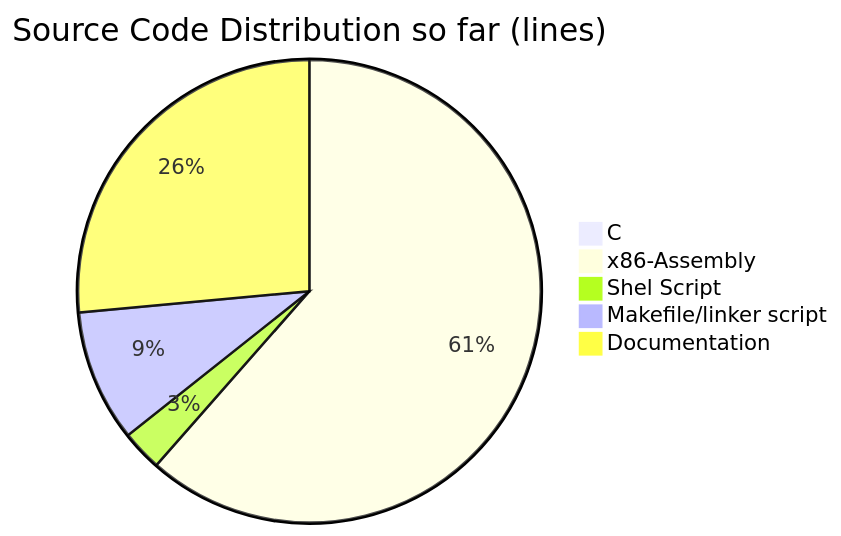
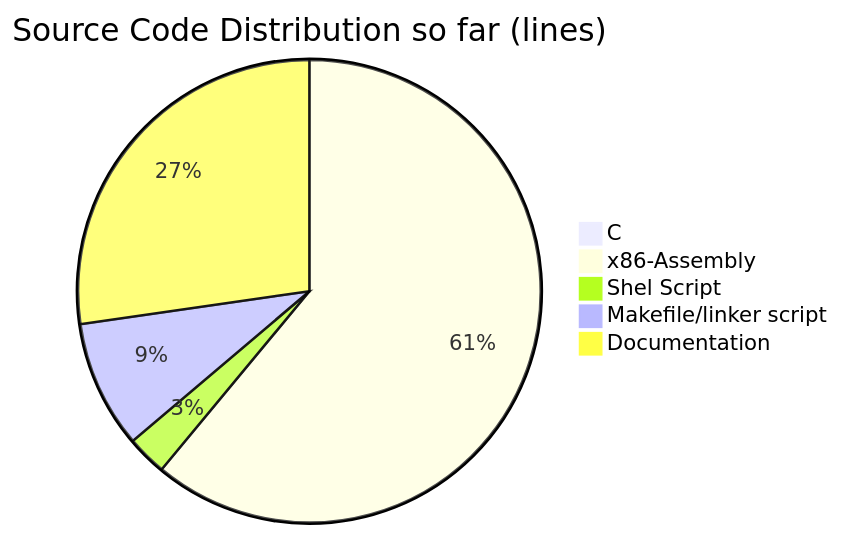
Before and after one commit to rossanx/akfs: the diagram in README.md, drawn with Mermaid. The commit also changed other lines of this file, not shown here.

Commit message:
Updated tags and source code statistics

````diff
--- a/README.md
+++ b/README.md
@@ -13,8 +13,8 @@
 ```mermaid
 pie title Source Code Distribution so far (lines)
     "C" :  19
-    "x86-Assembly" :  5510
-    "Shel Script" :  254
-    "Makefile/linker script" :  826
-    "Documentation" :  2372
+    "x86-Assembly" :  5732
+    "Shel Script" :  262
+    "Makefile/linker script" :  838
+    "Documentation" :  2562
 ```
````
